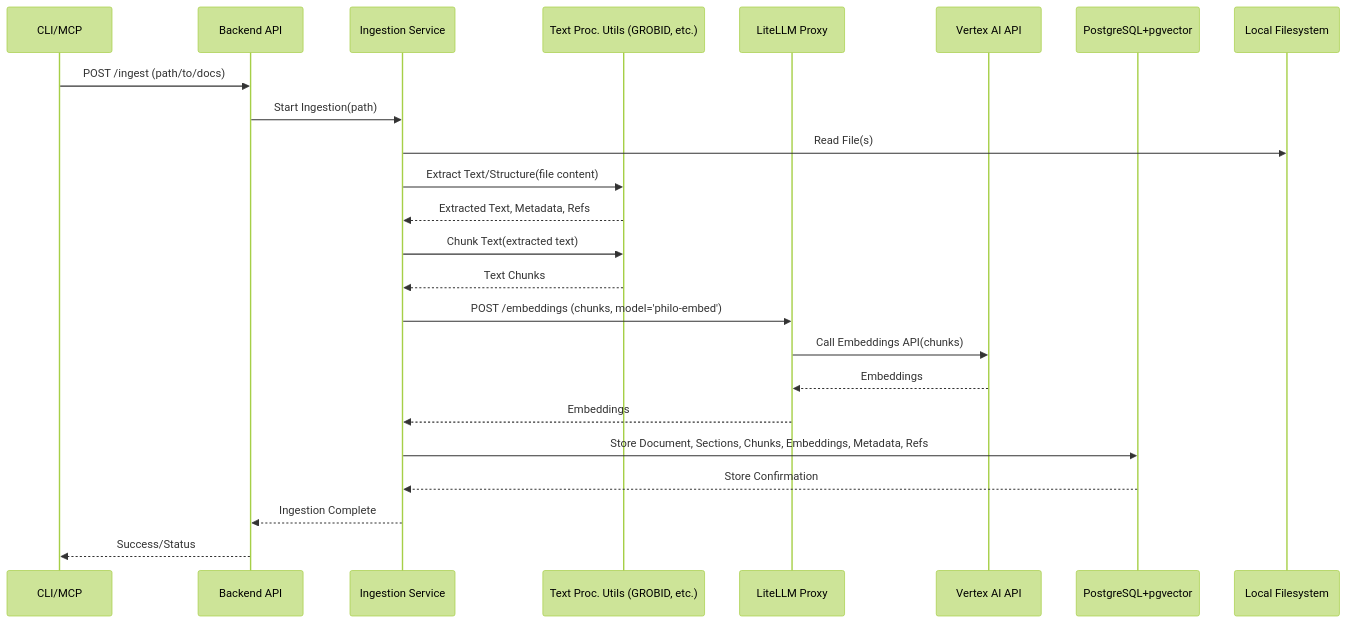
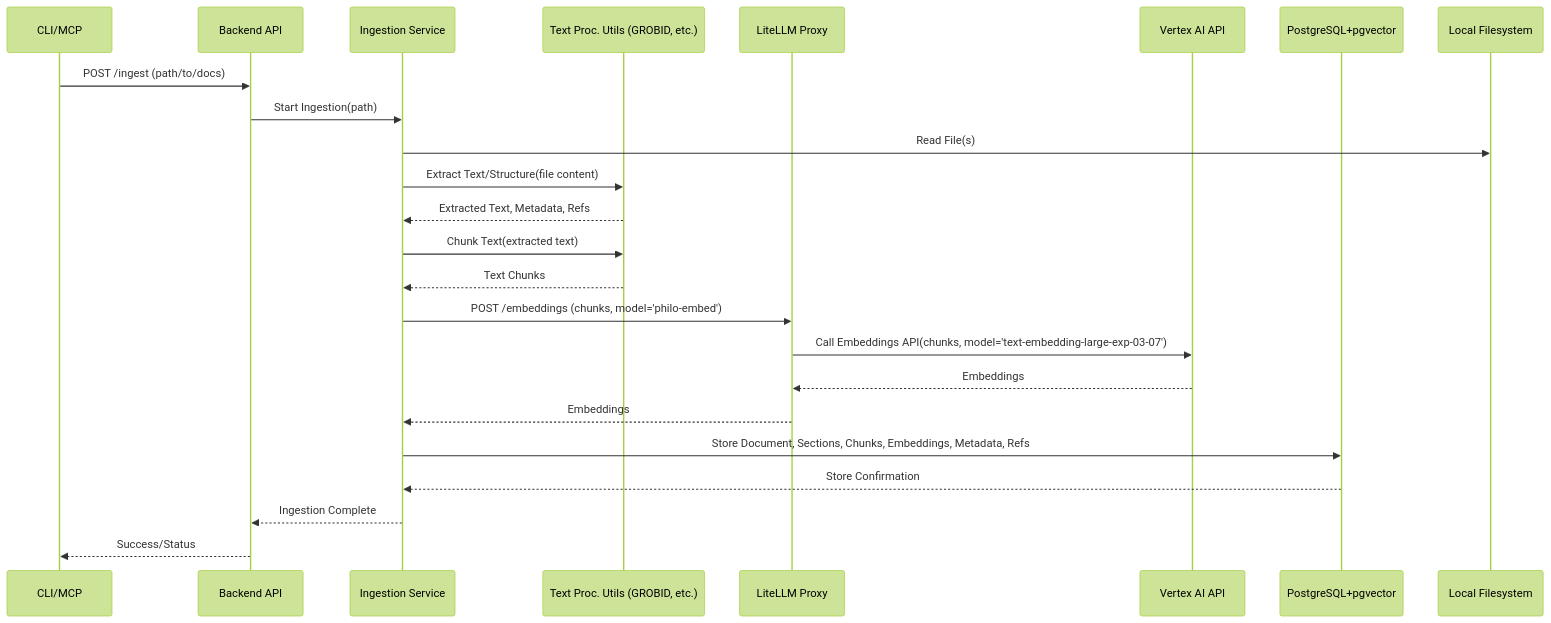
Before and after one commit to loganrooks/mcp-vector-database: the second of 3 diagrams in memory-bank/mode-specific/architect.md, drawn with Mermaid (forest theme). The commit also changed other lines of this file and 2 other files, not shown here.

Commit message:
chore(MB): Add architect feedback documentation and user clarifications for research prompt tool usage and Tier 0 architecture

````diff
--- a/memory-bank/mode-specific/architect.md
+++ b/memory-bank/mode-specific/architect.md
@@ -193,27 +193,27 @@
 ```mermaid
 sequenceDiagram
     participant CLI as CLI/MCP
     participant API as Backend API
     participant IngestSvc as Ingestion Service
     participant TPUtils as Text Proc. Utils (GROBID, etc.)
     participant LiteProxy as LiteLLM Proxy
     participant VertexAI as Vertex AI API
     participant DB as PostgreSQL+pgvector
     participant FS as Local Filesystem
 
     CLI->>API: POST /ingest (path/to/docs)
     API->>IngestSvc: Start Ingestion(path)
     IngestSvc->>FS: Read File(s)
     IngestSvc->>TPUtils: Extract Text/Structure(file content)
     TPUtils-->>IngestSvc: Extracted Text, Metadata, Refs
     IngestSvc->>TPUtils: Chunk Text(extracted text)
     TPUtils-->>IngestSvc: Text Chunks
     IngestSvc->>LiteProxy: POST /embeddings (chunks, model='philo-embed')
-    LiteProxy->>VertexAI: Call Embeddings API(chunks)
+    LiteProxy->>VertexAI: Call Embeddings API(chunks, model='text-embedding-large-exp-03-07')
     VertexAI-->>LiteProxy: Embeddings
     LiteProxy-->>IngestSvc: Embeddings
     IngestSvc->>DB: Store Document, Sections, Chunks, Embeddings, Metadata, Refs
     DB-->>IngestSvc: Store Confirmation
     IngestSvc-->>API: Ingestion Complete
     API-->>CLI: Success/Status
 ```
````
